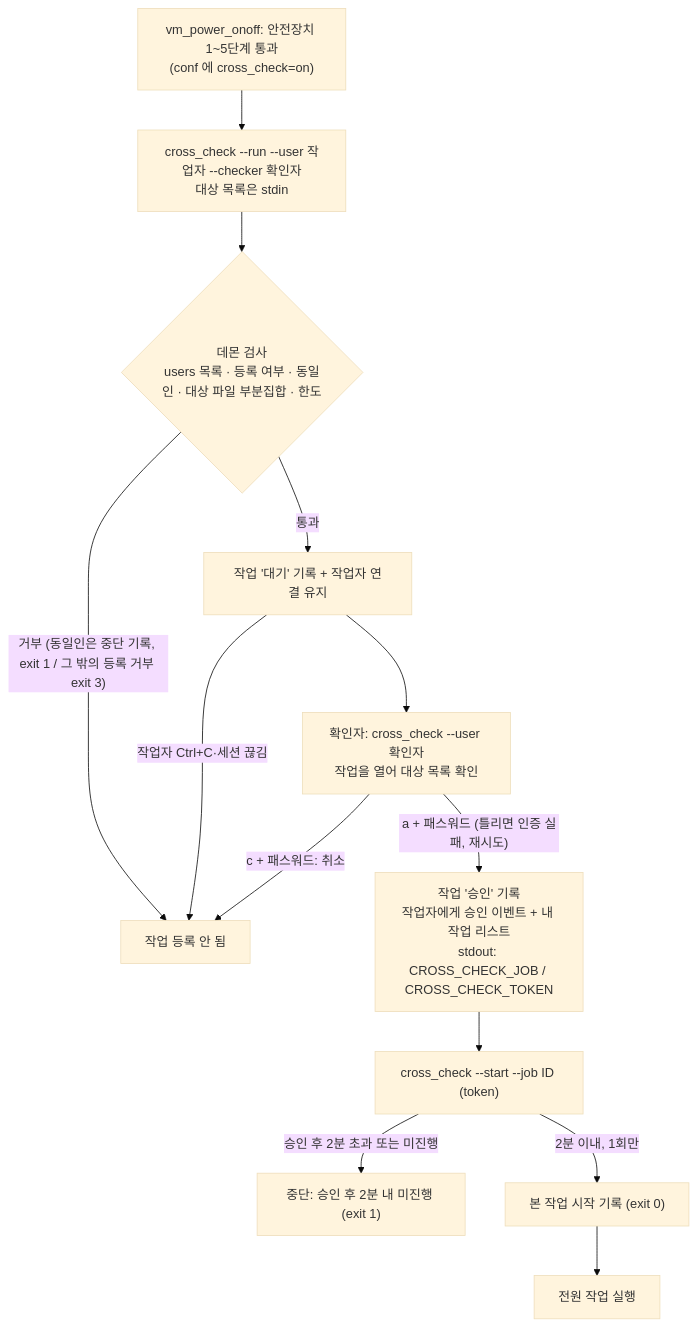
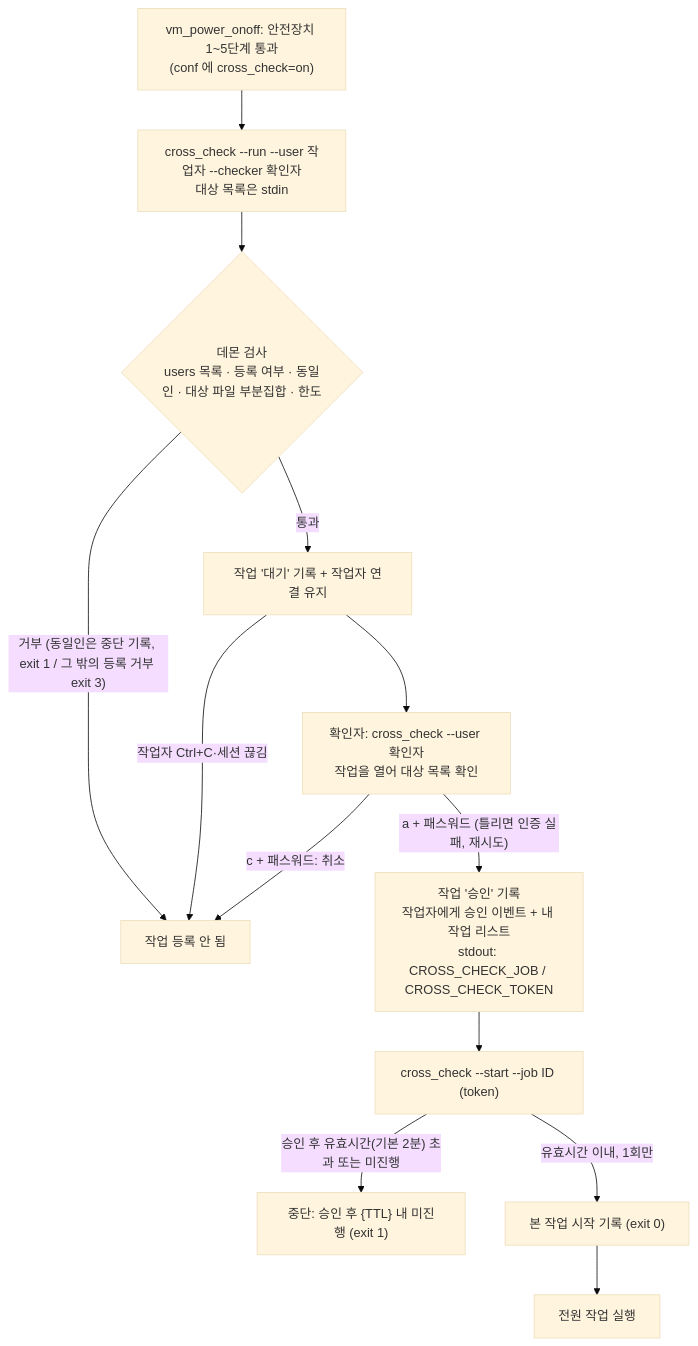
One commit to qazx2675/myrepo changed the diagram in .claude/VM/power_onoff/cross_check/README.md. Above: the diagram before and after it, drawn with Mermaid (base theme). The commit also changed other lines of this file and 27 other files, not shown here.

First line of the commit message:
feat(VM/power_onoff): cross_check 승인 유효시간 설정화(approval_ttl_sec) 및 수동 테스트용 playground

````diff
--- a/.claude/VM/power_onoff/cross_check/README.md
+++ b/.claude/VM/power_onoff/cross_check/README.md
@@ -57,15 +59,15 @@
 ```mermaid
 flowchart TD
     A["vm_power_onoff: 안전장치 1~5단계 통과<br/>(conf 에 cross_check=on)"] --> B["cross_check --run --user 작업자 --checker 확인자<br/>대상 목록은 stdin"]
     B --> C{"데몬 검사<br/>users 목록 · 등록 여부 · 동일인 · 대상 파일 부분집합 · 한도"}
     C -->|"거부 (동일인은 중단 기록, exit 1 / 그 밖의 등록 거부 exit 3)"| X["작업 등록 안 됨"]
     C -->|통과| D["작업 '대기' 기록 + 작업자 연결 유지"]
     D -->|"작업자 Ctrl+C·세션 끊김"| X
     D --> E["확인자: cross_check --user 확인자<br/>작업을 열어 대상 목록 확인"]
     E -->|"c + 패스워드: 취소"| X
     E -->|"a + 패스워드 (틀리면 인증 실패, 재시도)"| F["작업 '승인' 기록<br/>작업자에게 승인 이벤트 + 내 작업 리스트<br/>stdout: CROSS_CHECK_JOB / CROSS_CHECK_TOKEN"]
     F --> G["cross_check --start --job ID (token)"]
-    G -->|"승인 후 2분 초과 또는 미진행"| X2["중단: 승인 후 2분 내 미진행 (exit 1)"]
-    G -->|"2분 이내, 1회만"| H["본 작업 시작 기록 (exit 0)"]
+    G -->|"승인 후 유효시간(기본 2분) 초과 또는 미진행"| X2["중단: 승인 후 {TTL} 내 미진행 (exit 1)"]
+    G -->|"유효시간 이내, 1회만"| H["본 작업 시작 기록 (exit 0)"]
     H --> I["전원 작업 실행"]
 ```
````
